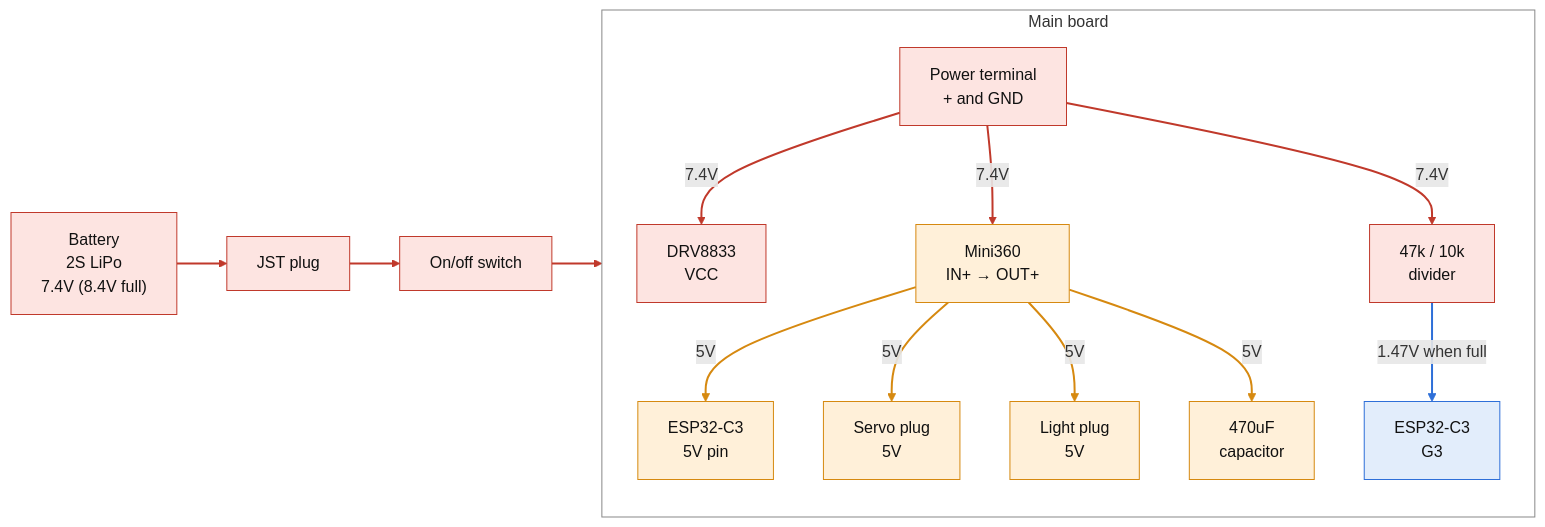
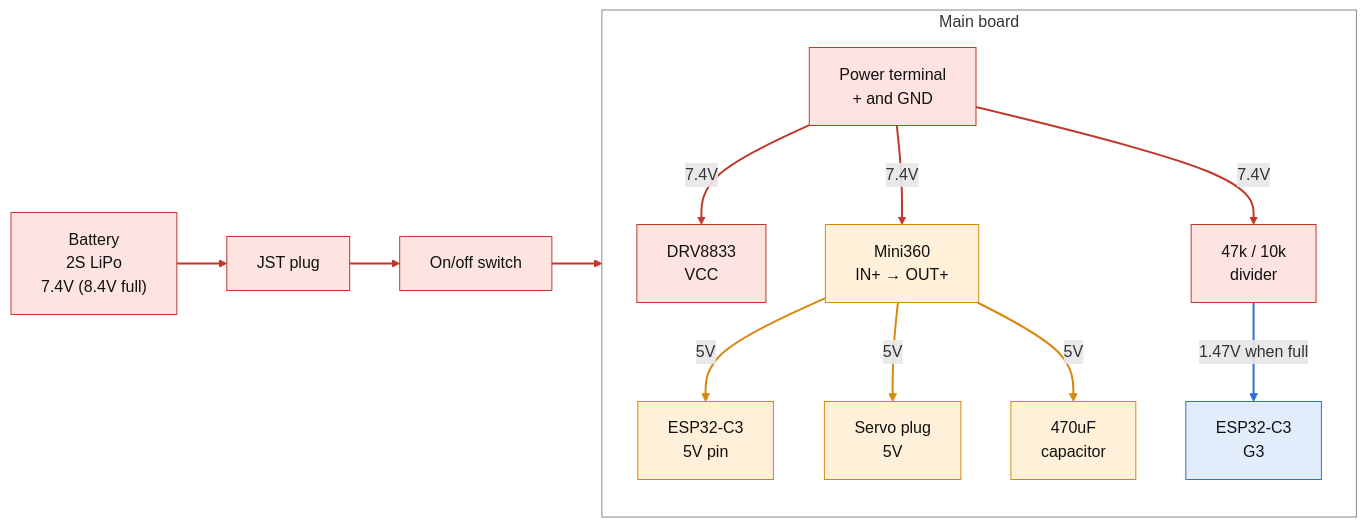
Before and after one commit to ado11231/rc-car: the first of 4 diagrams in docs/architecture.md, drawn with Mermaid. The commit also changed other lines of this file and 35 other files, not shown here.

````diff
--- a/docs/architecture.md
+++ b/docs/architecture.md
@@ -32,40 +31,38 @@
 ```mermaid
 flowchart LR
     BAT["Battery<br/>2S LiPo<br/>7.4V (8.4V full)"]
     JST["JST plug"]
     SW["On/off switch"]
 
     subgraph BOARD["Main board"]
         direction TB
         PT["Power terminal<br/>+ and GND"]
         DRV["DRV8833<br/>VCC"]
         MINI["Mini360<br/>IN+ → OUT+"]
         DIV["47k / 10k<br/>divider"]
         CAP["470uF<br/>capacitor"]
         C3["ESP32-C3<br/>5V pin"]
         SP["Servo plug<br/>5V"]
-        LP["Light plug<br/>5V"]
         G3["ESP32-C3<br/>G3"]
     end
 
     BAT --> JST --> SW --> PT
     PT -->|7.4V| DRV
     PT -->|7.4V| MINI
     PT -->|7.4V| DIV
     MINI -->|5V| C3
     MINI -->|5V| SP
-    MINI -->|5V| LP
     MINI -->|5V| CAP
     DIV -->|"1.47V when full"| G3
 
     classDef v7 fill:#fde4e1,stroke:#c0392b,color:#111
     classDef v5 fill:#fff0d9,stroke:#d68910,color:#111
     classDef sig fill:#e2edfb,stroke:#2e6fd8,color:#111
     class BAT,JST,SW,PT,DRV,DIV v7
-    class MINI,CAP,C3,SP,LP v5
+    class MINI,CAP,C3,SP v5
     class G3 sig
     style BOARD fill:none,stroke:#888
     linkStyle 0,1,2,3,4,5 stroke:#c0392b,stroke-width:2px
-    linkStyle 6,7,8,9 stroke:#d68910,stroke-width:2px
-    linkStyle 10 stroke:#2e6fd8,stroke-width:2px
+    linkStyle 6,7,8 stroke:#d68910,stroke-width:2px
+    linkStyle 9 stroke:#2e6fd8,stroke-width:2px
 ```
````
